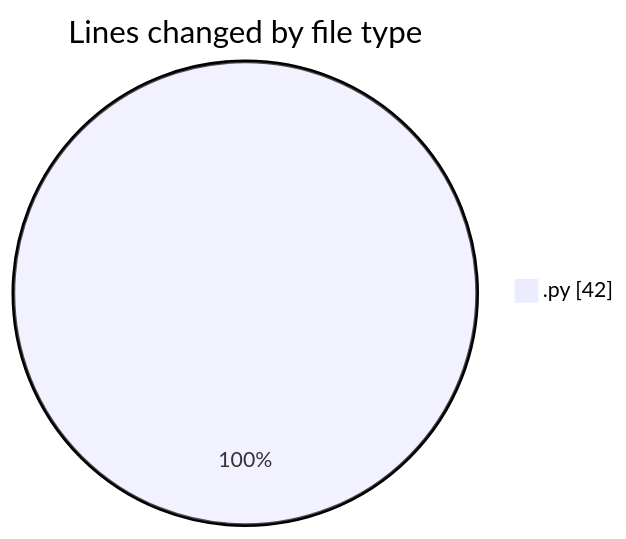
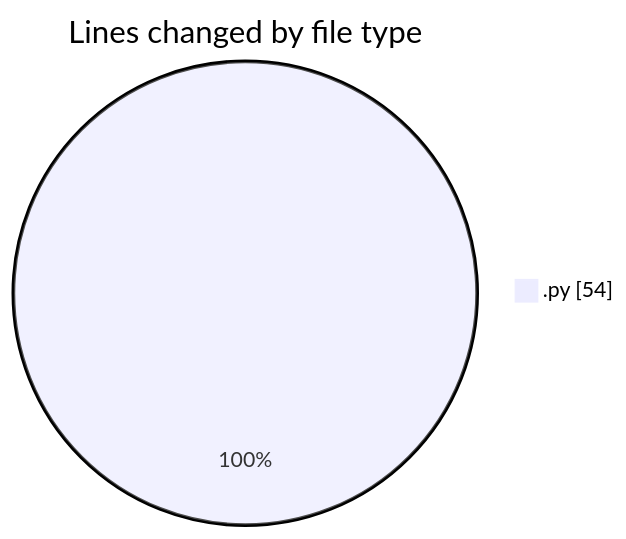
The first of 2 diagrams in 2026-02-23/student_performance_system/README.md (hasnaa123/code-tracking), drawn with Mermaid before and after one commit. The commit also changed other lines of this file and 1 other file, not shown here.

````diff
--- a/2026-02-23/student_performance_system/README.md
+++ b/2026-02-23/student_performance_system/README.md
@@ -20,5 +20,5 @@
 ```mermaid
 pie showData
 title Lines changed by file type
-".py" : 42
+".py" : 54
 ```
````
